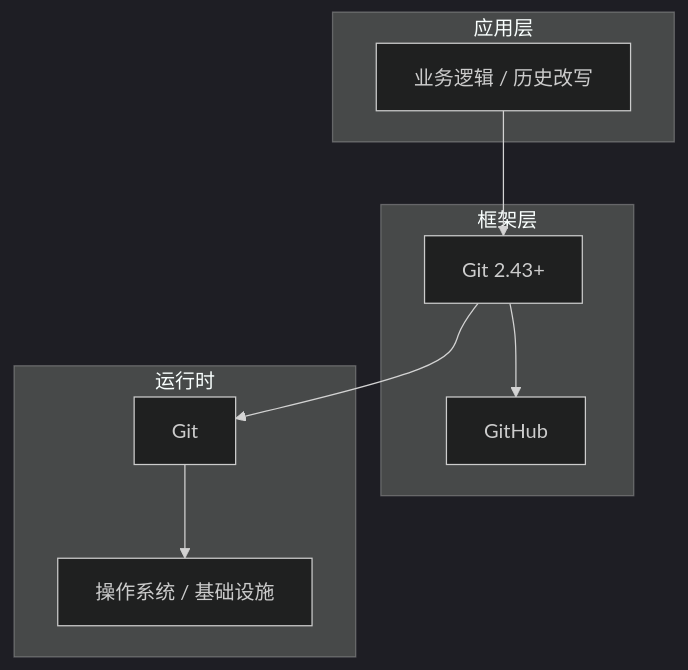
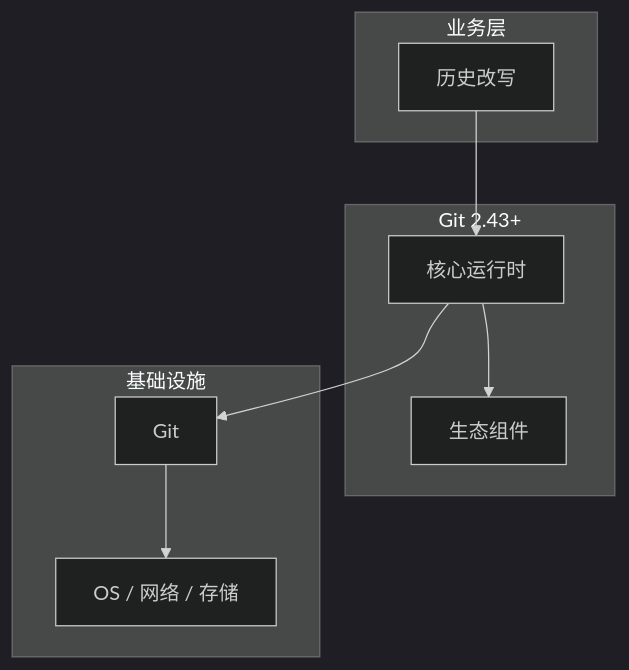
Before and after one commit to yanggan2015/knowledge-json-v2: the diagram in articles/Git版本控制/chapters/071-历史改写核心概念与原理.md, drawn with Mermaid (dark theme). The commit also changed other lines of this file and 10127 other files, not shown here.

````diff
--- a/articles/Git版本控制/chapters/071-历史改写核心概念与原理.md
+++ b/articles/Git版本控制/chapters/071-历史改写核心概念与原理.md
@@ -45,18 +34,18 @@
 ```mermaid
 graph TB
-    subgraph 应用层
-        A[业务逻辑 / 历史改写]
+    subgraph 业务层
+        A[历史改写]
     end
-    subgraph 框架层
-        B[Git 2.43+]
-        C[GitHub]
+    subgraph Git 2.43+
+        B[核心运行时]
+        C[生态组件]
     end
-    subgraph 运行时
+    subgraph 基础设施
         D[Git]
-        E[操作系统 / 基础设施]
+        E[OS / 网络 / 存储]
     end
     A --> B
     B --> C
     B --> D
     D --> E
 ```
````
